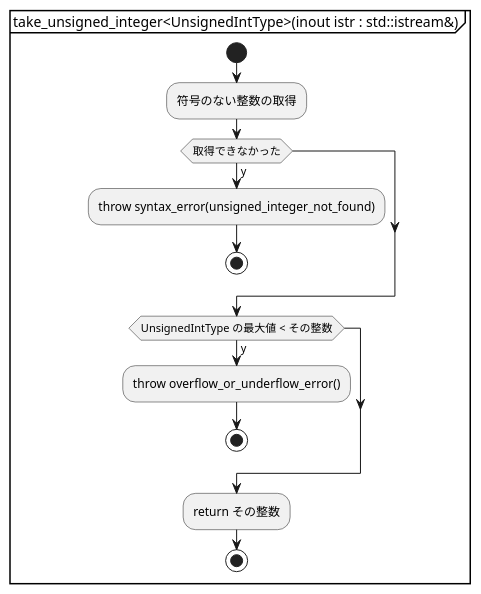
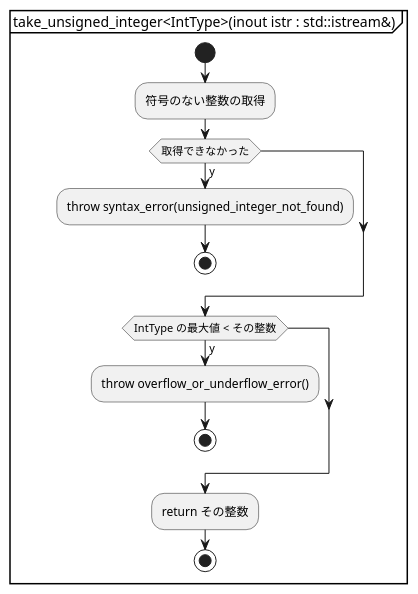
One commit to KodaiYM/PDFReader changed diagram 11 of 11 in document/parser.activity.pu. Above: the diagram before and after it, drawn with PlantUML. The commit also changed other lines of this file and 1 other file, not shown here.

Commit message:
take_signed_integer, take_unsigned_integer の仕様書のテンプレート型をいずれも IntType に変更（ソースコードに合わせて。）

```diff
--- a/document/parser.activity.pu
+++ b/document/parser.activity.pu
@@ -241,16 +241,16 @@
 @startuml take_unsigned_integer
-partition "take_unsigned_integer<UnsignedIntType>(inout istr : std::istream&)" {
+partition "take_unsigned_integer<IntType>(inout istr : std::istream&)" {
 start
 	:符号のない整数の取得;
 	if (取得できなかった) then (y)
 		:throw syntax_error(unsigned_integer_not_found);
 		stop
 	endif
-	if (UnsignedIntType の最大値 < その整数) then (y)
+	if (IntType の最大値 < その整数) then (y)
 		:throw overflow_or_underflow_error();
 		stop
 	endif
 	:return その整数;
 stop
 }
 @enduml
```
